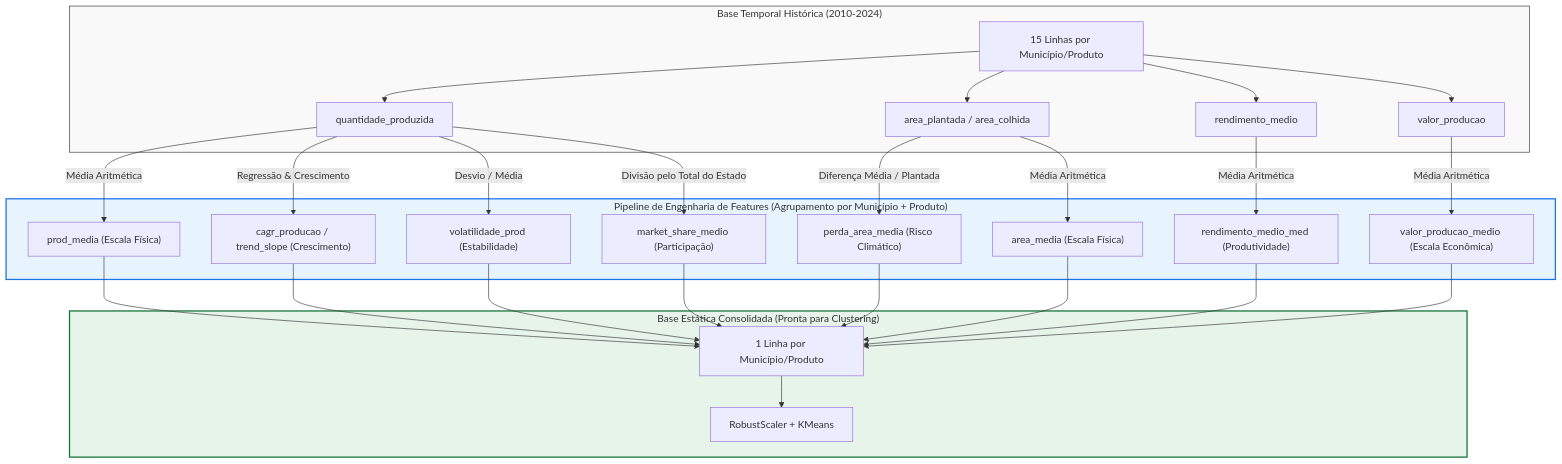
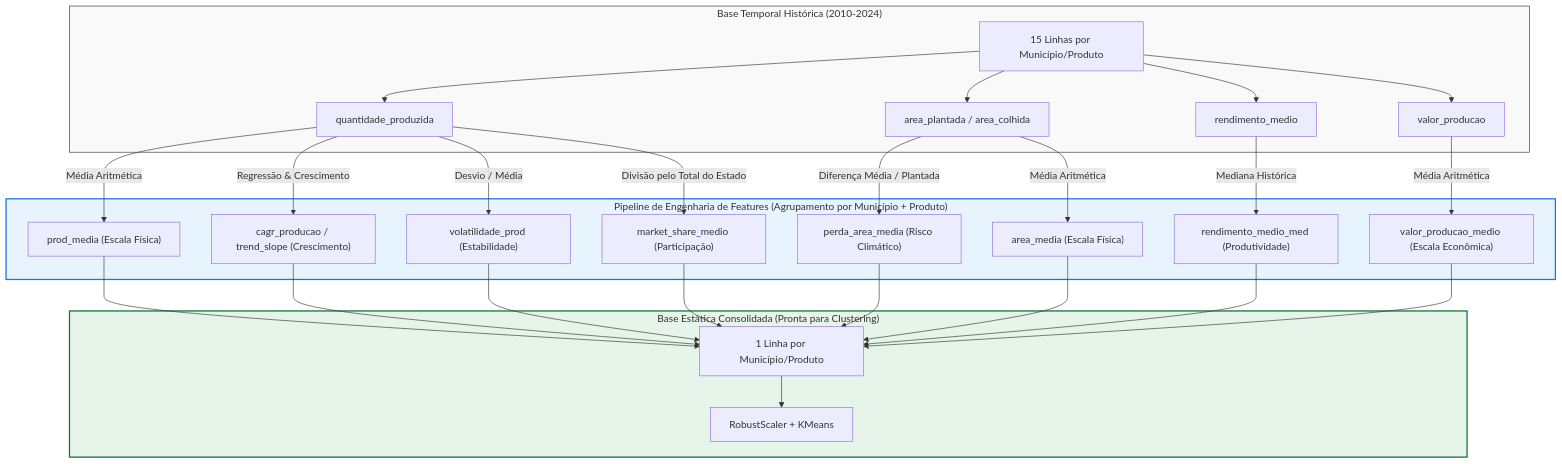
One commit to nanshibukawa/pam-analytics changed the diagram in docs/fase3_features.md. Above: the diagram before and after it, drawn with Mermaid. The commit also changed other lines of this file and 6 other files, not shown here.

````diff
--- a/docs/fase3_features.md
+++ b/docs/fase3_features.md
@@ -87,36 +87,36 @@
 ```mermaid
 graph TD
     %% Dataset Original (Temporal)
     subgraph Raw ["Base Temporal Histórica (2010-2024)"]
         A["15 Linhas por Município/Produto"] --> B["quantidade_produzida"]
         A --> C["area_plantada / area_colhida"]
         A --> D["rendimento_medio"]
         A --> E["valor_producao"]
     end
 
     %% Pipeline de Engenharia de Features
     subgraph Engine ["Pipeline de Engenharia de Features (Agrupamento por Município + Produto)"]
         B -->|Média Aritmética| F["prod_media (Escala Física)"]
         B -->|Regressão & Crescimento| G["cagr_producao / trend_slope (Crescimento)"]
         B -->|Desvio / Média| H["volatilidade_prod (Estabilidade)"]
         B -->|Divisão pelo Total do Estado| I["market_share_medio (Participação)"]
         
         C -->|Diferença Média / Plantada| J["perda_area_media (Risco Climático)"]
         C -->|Média Aritmética| K["area_media (Escala Física)"]
         
-        D -->|Média Aritmética| L["rendimento_medio_med (Produtividade)"]
+        D -->|Mediana Histórica| L["rendimento_medio_med (Produtividade)"]
         
         E -->|Média Aritmética| M["valor_producao_medio (Escala Econômica)"]
     end
 
     %% Dataset Final
     subgraph Final ["Base Estática Consolidada (Pronta para Clustering)"]
         F & G & H & I & J & K & L & M --> N["1 Linha por Município/Produto"]
         N --> O["RobustScaler + KMeans"]
     end
 
     %% Estilos
     style Raw fill:#f9f9f9,stroke:#333,stroke-width:1px
     style Engine fill:#e8f4fd,stroke:#1a73e8,stroke-width:2px
     style Final fill:#e6f4ea,stroke:#137333,stroke-width:2px
 ```
````
